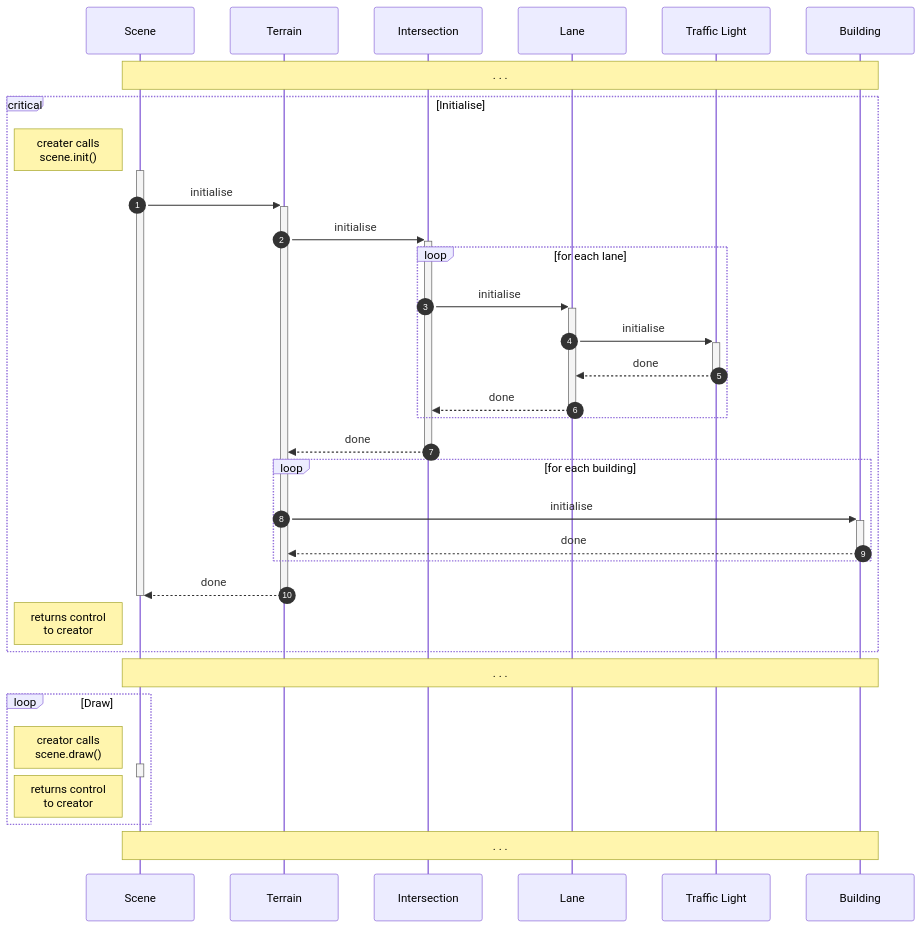
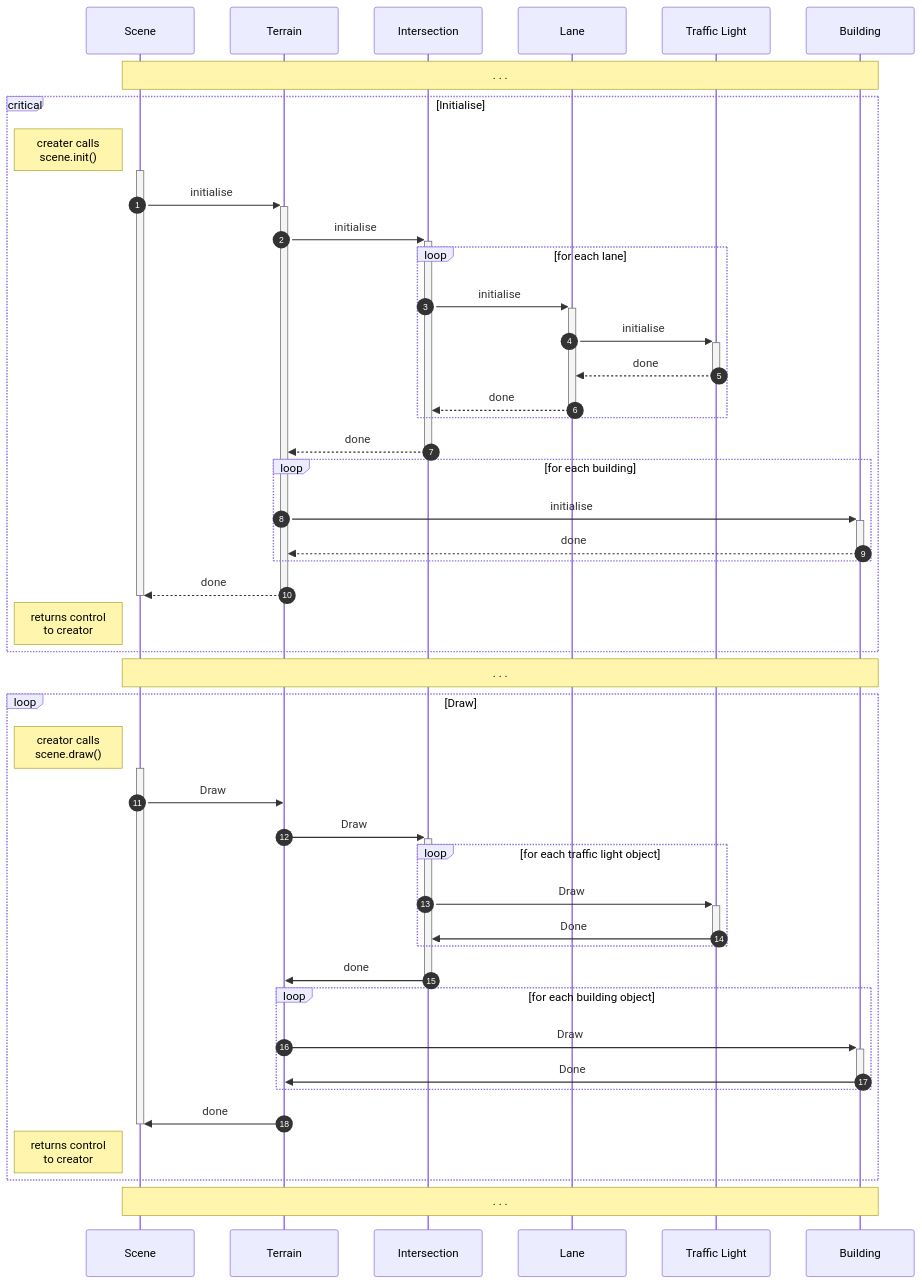
One commit to corbeau217/cpp_opengl_vehicles changed the fourth of 6 diagrams in docs/docs_01_conceptual.md. Above: the diagram before and after it, drawn with Mermaid.

````diff
--- a/docs/docs_01_conceptual.md
+++ b/docs/docs_01_conceptual.md
@@ -418,48 +418,61 @@
 ```mermaid
 sequenceDiagram
     autonumber
     %% -------------------------------------------------
     participant SCENE as Scene
     participant TERRAIN as Terrain
     participant INTERSECTION as Intersection
     participant LANE as Lane
     participant TRAFFICLIGHT as Traffic Light
     participant BUILDING as Building
     %% ...
     %% -------------------------------------------------
     note over SCENE,BUILDING: . . . 
     %% -------------------------------------------------
     critical Initialise
     note left of SCENE: creater calls<br>scene.init()
     activate SCENE
     SCENE ->>+ TERRAIN: initialise
     TERRAIN ->>+ INTERSECTION: initialise
     loop for each lane
     INTERSECTION ->>+ LANE: initialise
     LANE ->>+ TRAFFICLIGHT: initialise
     TRAFFICLIGHT -->>- LANE: done
     LANE -->>- INTERSECTION: done
     end
     INTERSECTION -->>- TERRAIN: done
     loop for each building
     TERRAIN ->>+ BUILDING: initialise
     BUILDING -->>- TERRAIN: done
     end
     TERRAIN -->>- SCENE: done
     deactivate SCENE
     note left of SCENE: returns control<br>to creator
     end
     %% -------------------------------------------------
     note over SCENE,BUILDING: . . . 
     %% -------------------------------------------------
     loop Draw
     note left of SCENE: creator calls<br>scene.draw()
     activate SCENE
     %% ...
+    SCENE ->> TERRAIN : Draw
+    TERRAIN ->>+ INTERSECTION : Draw
+    loop for each traffic light object
+    INTERSECTION ->>+ TRAFFICLIGHT : Draw
+    TRAFFICLIGHT ->>- INTERSECTION : Done
+    end
+    INTERSECTION ->>- TERRAIN : done
+    loop for each building object
+    TERRAIN ->>+ BUILDING : Draw
+    BUILDING ->>- TERRAIN : Done
+    end
+    TERRAIN ->> SCENE : done
+    %% ...
     deactivate SCENE
     note left of SCENE: returns control<br>to creator
     end
     %% -------------------------------------------------
     note over SCENE,BUILDING: . . . 
     %% -------------------------------------------------
 ```
````
